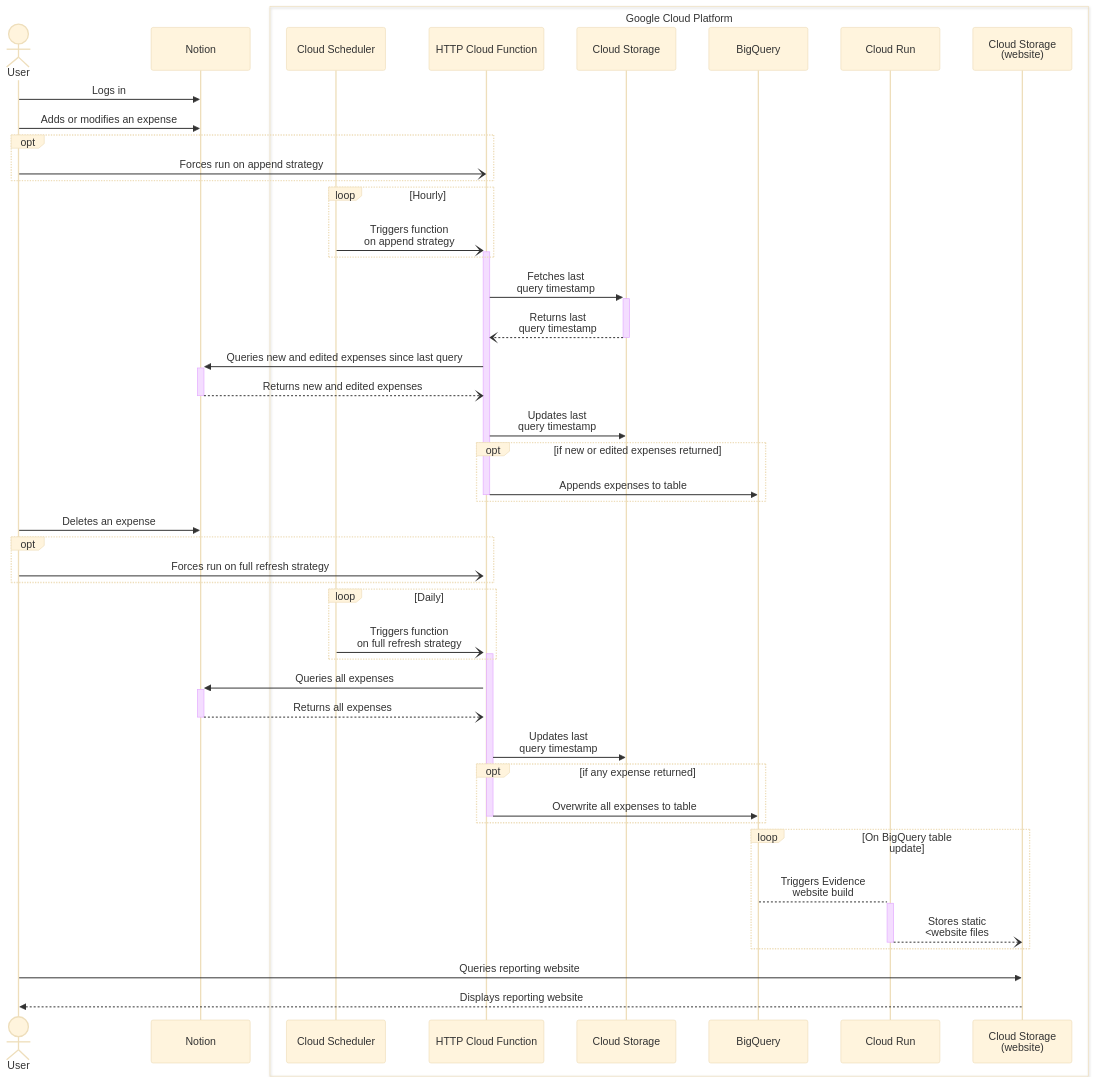
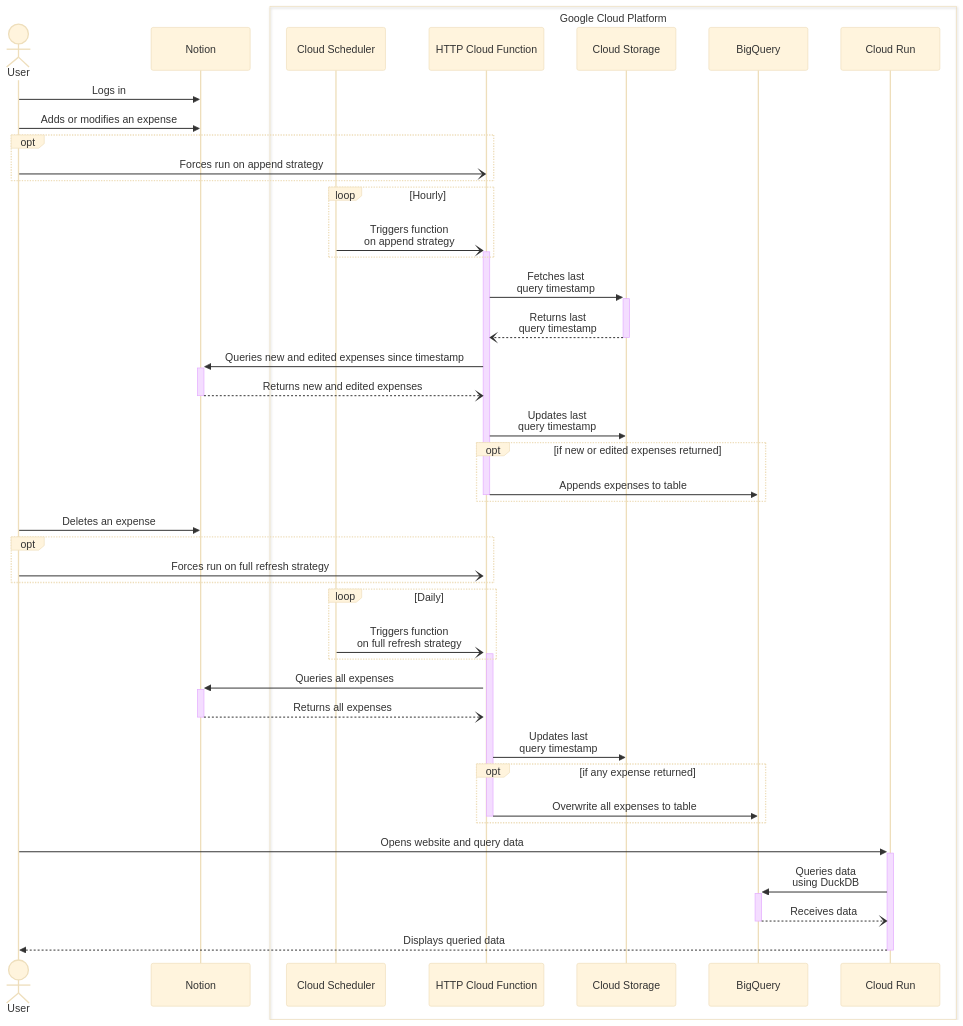
The diagram in README.md (tucared/personal-expense-tracker), drawn with Mermaid (base theme) before and after one commit. The commit also changed other lines of this file and 12 other files, not shown here.

````diff
--- a/README.md
+++ b/README.md
@@ -357,53 +372,49 @@
 ```mermaid
 sequenceDiagram
     actor U as User
     participant N as Notion
     box Google Cloud Platform
     participant CS as Cloud Scheduler
     participant CF as HTTP Cloud Function
     participant GCS as Cloud Storage
     participant BQ as BigQuery
     participant CR as Cloud Run
-    participant GCSw as Cloud Storage<br>(website)
     end
 
     U->>N: Logs in
 
     U->>N: Adds or modifies an expense
     opt
         U-)CF: Forces run on append strategy
     end
     loop Hourly
         CS-)+CF: Triggers function<br>on append strategy
     end
     CF->>+GCS: Fetches last<br>query timestamp
     GCS--)-CF: Returns last<br>query timestamp
-    CF->>+N: Queries new and edited expenses since last query
+    CF->>+N: Queries new and edited expenses since timestamp
     N--)-CF: Returns new and edited expenses
     CF->>GCS: Updates last<br>query timestamp
     opt if new or edited expenses returned
         CF->>-BQ: Appends expenses to table
     end
 
     U->>N: Deletes an expense
     opt
         U-)+CF: Forces run on full refresh strategy
     end
     loop Daily
         CS-)+CF: Triggers function<br>on full refresh strategy
     end
     CF->>+N: Queries all expenses
     N--)-CF: Returns all expenses
     CF->>GCS: Updates last<br>query timestamp
     opt if any expense returned
         CF->>-BQ: Overwrite all expenses to table
     end
 
-    loop On BigQuery table update
-        BQ-->+CR: Triggers Evidence<br>website build
-        CR--)-GCSw: Stores static<br><website files
-    end
-
-    U->>GCSw: Queries reporting website
-    GCSw-->>U: Displays reporting website
+    U->>+CR: Opens website and query data
+    CR->>+BQ: Queries data<br>using DuckDB
+    BQ--)-CR: Receives data
+    CR-->>-U: Displays queried data
 ```
````
